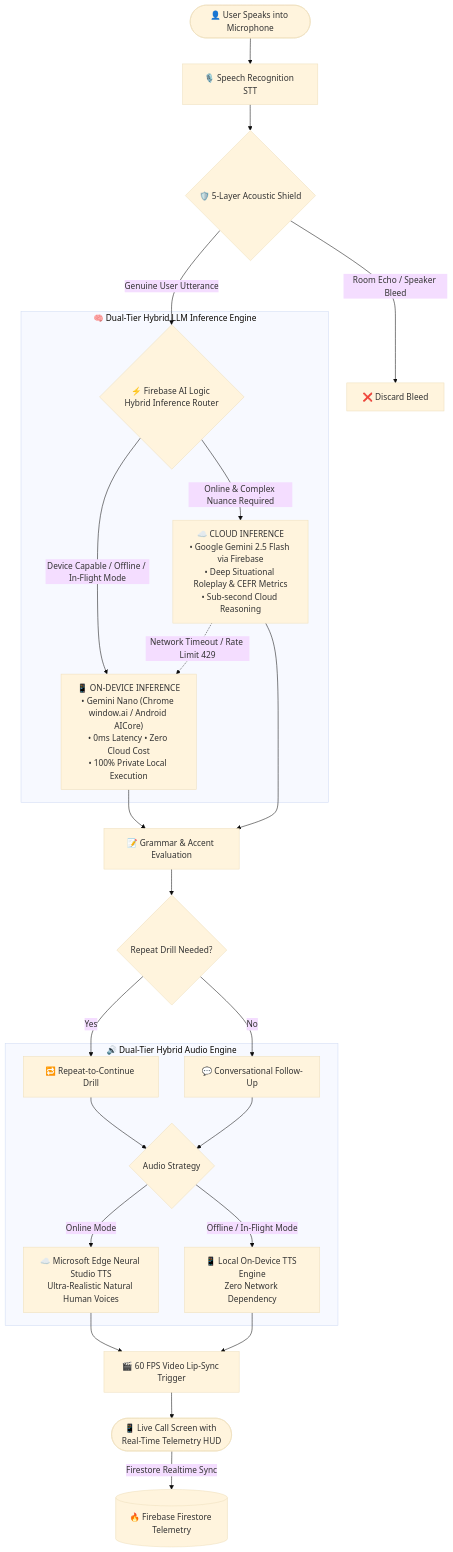
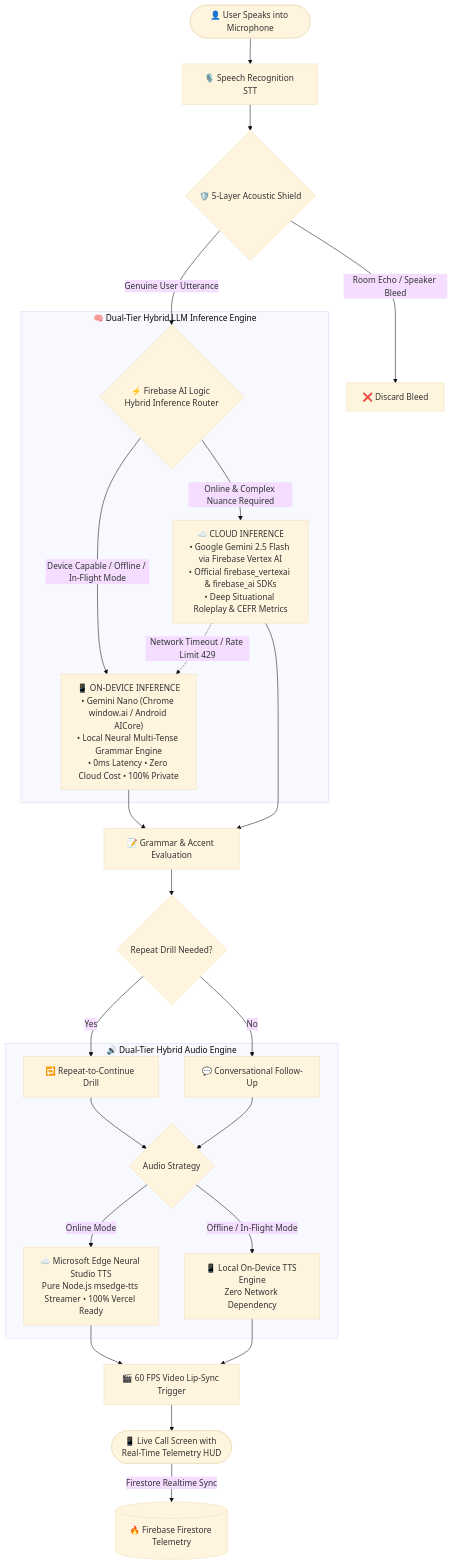
The diagram in README.md (janiya2/speakflow-hybrid-ai), drawn with Mermaid (base theme) before and after one commit. The commit also changed other lines of this file and 6 other files, not shown here.

Commit message:
feat: implement pure Node.js Edge TTS for Vercel and align Next.js 14 LTS docs with Devpost hybrid AI specs

````diff
--- a/README.md
+++ b/README.md
@@ -18,33 +19,33 @@
 ```mermaid
 flowchart TD
     User([👤 User Speaks into Microphone]) --> STT[🎙️ Speech Recognition STT]
     STT --> Shield{🛡️ 5-Layer Acoustic Shield}
     Shield -->|Room Echo / Speaker Bleed| Discard[❌ Discard Bleed]
     Shield -->|Genuine User Utterance| Router{⚡ Firebase AI Logic Hybrid Inference Router}
     
     subgraph HYBRID_INFERENCE_ENGINE ["🧠 Dual-Tier Hybrid LLM Inference Engine"]
-        Router -->|Device Capable / Offline / In-Flight Mode| Nano["📱 ON-DEVICE INFERENCE\n• Gemini Nano (Chrome window.ai / Android AICore)\n• 0ms Latency • Zero Cloud Cost\n• 100% Private Local Execution"]
-        Router -->|Online & Complex Nuance Required| Cloud["☁️ CLOUD INFERENCE\n• Google Gemini 2.5 Flash via Firebase\n• Deep Situational Roleplay & CEFR Metrics\n• Sub-second Cloud Reasoning"]
+        Router -->|Device Capable / Offline / In-Flight Mode| Nano["📱 ON-DEVICE INFERENCE\n• Gemini Nano (Chrome window.ai / Android AICore)\n• Local Neural Multi-Tense Grammar Engine\n• 0ms Latency • Zero Cloud Cost • 100% Private"]
+        Router -->|Online & Complex Nuance Required| Cloud["☁️ CLOUD INFERENCE\n• Google Gemini 2.5 Flash via Firebase Vertex AI\n• Official firebase_vertexai & firebase_ai SDKs\n• Deep Situational Roleplay & CEFR Metrics"]
         Cloud -.->|Network Timeout / Rate Limit 429| Nano
     end
     
     Nano --> Feedback[📝 Grammar & Accent Evaluation]
     Cloud --> Feedback
     
     Feedback --> DrillCheck{Repeat Drill Needed?}
     DrillCheck -->|Yes| DrillMode[🔁 Repeat-to-Continue Drill]
     DrillCheck -->|No| FollowUp[💬 Conversational Follow-Up]
     
     subgraph DUAL_TIER_AUDIO ["🔊 Dual-Tier Hybrid Audio Engine"]
         DrillMode --> AudioRouter{Audio Strategy}
         FollowUp --> AudioRouter
-        AudioRouter -->|Online Mode| EdgeTTS[☁️ Microsoft Edge Neural Studio TTS\nUltra-Realistic Natural Human Voices]
+        AudioRouter -->|Online Mode| EdgeTTS[☁️ Microsoft Edge Neural Studio TTS\nPure Node.js msedge-tts Streamer • 100% Vercel Ready]
         AudioRouter -->|Offline / In-Flight Mode| LocalTTS[📱 Local On-Device TTS Engine\nZero Network Dependency]
     end
     
     EdgeTTS --> VideoSync[🎬 60 FPS Video Lip-Sync Trigger]
     LocalTTS --> VideoSync
     
     VideoSync --> UI([📱 Live Call Screen with Real-Time Telemetry HUD])
     UI -->|Firestore Realtime Sync| Telemetry[(🔥 Firebase Firestore Telemetry)]
 ```
````
